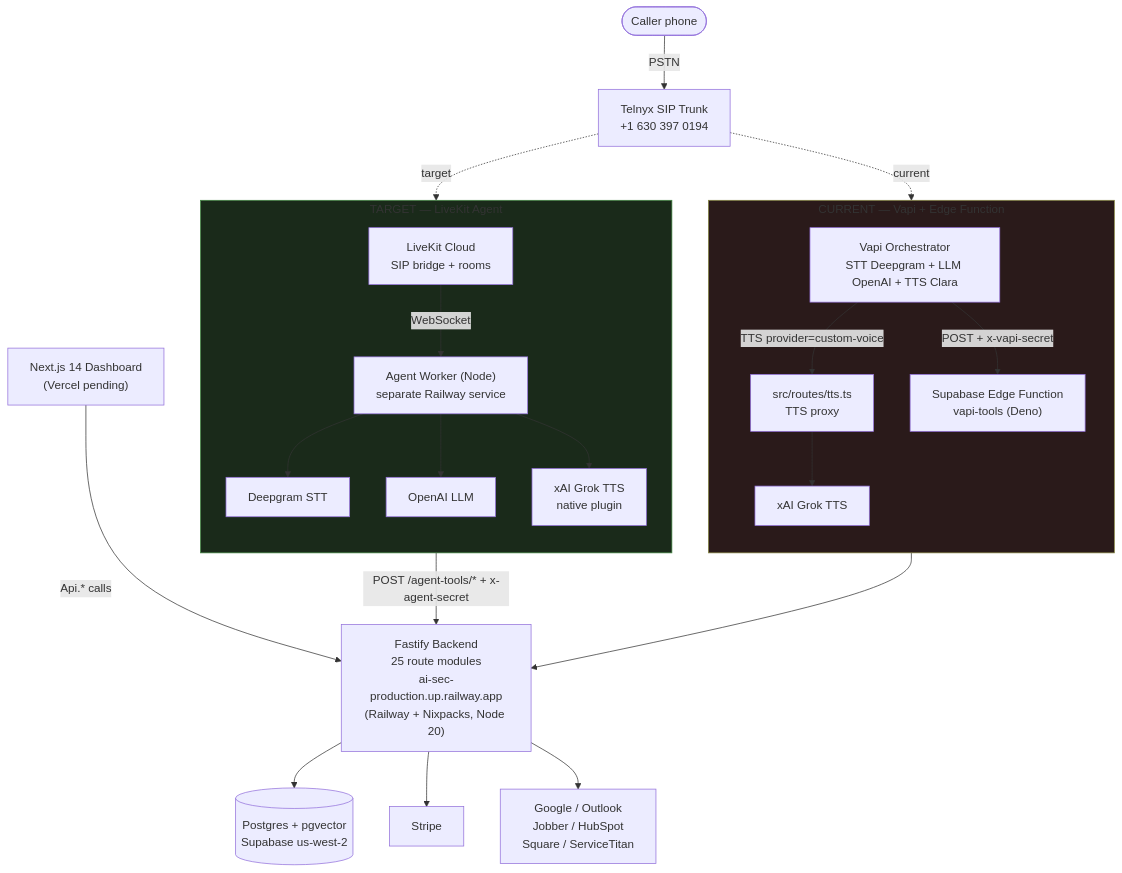
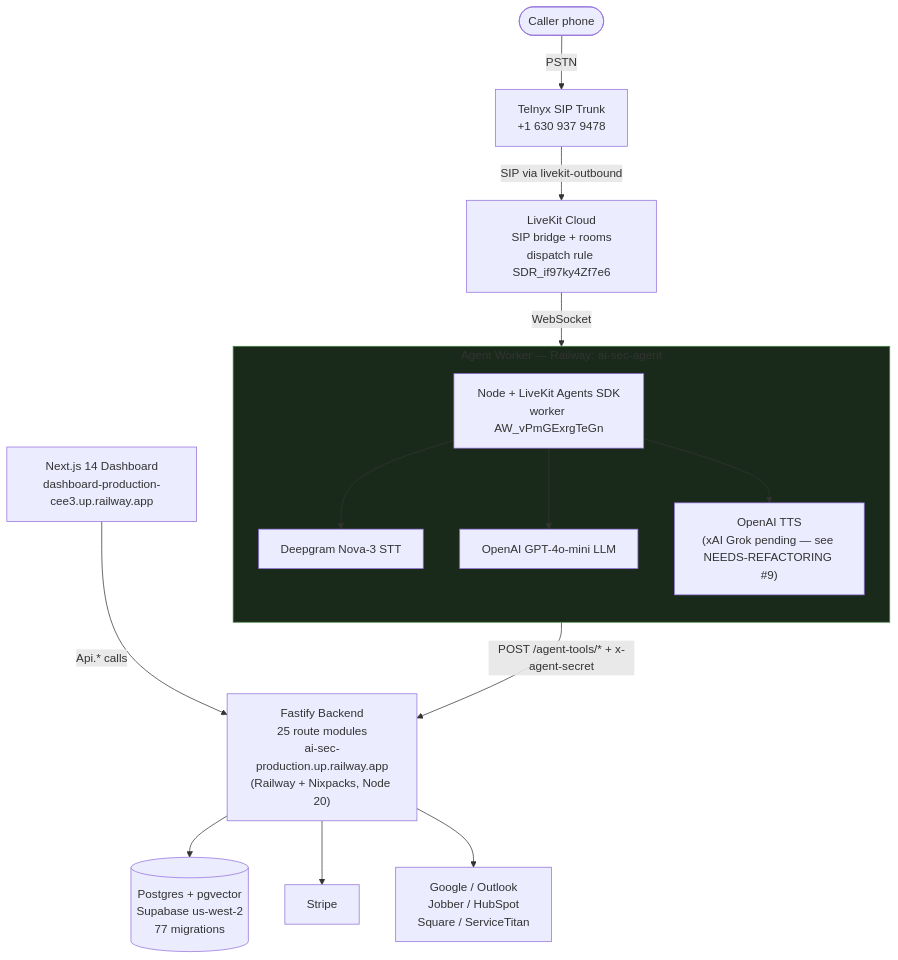
The first of 11 diagrams in docs/DIAGRAMS.md (ddemott/ai-sec), drawn with Mermaid before and after one commit. The commit also changed other lines of this file and 1 other file, not shown here.

````diff
--- a/docs/DIAGRAMS.md
+++ b/docs/DIAGRAMS.md
@@ -27,51 +27,37 @@
 ```mermaid
 flowchart TB
   Caller([Caller phone])
-  Telnyx["Telnyx SIP Trunk<br/>+1 630 397 0194"]
+  Telnyx["Telnyx SIP Trunk<br/>+1 630 937 9478"]
   Caller -->|PSTN| Telnyx
 
-  subgraph curr["CURRENT — Vapi + Edge Function"]
+  LiveKit["LiveKit Cloud<br/>SIP bridge + rooms<br/>dispatch rule SDR_if97ky4Zf7e6"]
+  Telnyx -->|SIP via livekit-outbound| LiveKit
+
+  subgraph agentBox["Agent Worker — Railway: ai-sec-agent"]
     direction TB
-    Vapi["Vapi Orchestrator<br/>STT Deepgram + LLM OpenAI + TTS Clara"]
-    TTSProxy["src/routes/tts.ts<br/>TTS proxy"]
-    XAI["xAI Grok TTS"]
-    EdgeFn["Supabase Edge Function<br/>vapi-tools (Deno)"]
-    Vapi -->|TTS provider=custom-voice| TTSProxy
-    TTSProxy --> XAI
-    Vapi -->|POST + x-vapi-secret| EdgeFn
+    Agent["Node + LiveKit Agents SDK<br/>worker AW_vPmGExrgTeGn"]
+    DG["Deepgram Nova-3 STT"]
+    OAI["OpenAI GPT-4o-mini LLM"]
+    TTS["OpenAI TTS<br/>(xAI Grok pending — see NEEDS-REFACTORING #9)"]
+    Agent --> DG
+    Agent --> OAI
+    Agent --> TTS
   end
 
-  subgraph tgt["TARGET — LiveKit Agent"]
-    direction TB
-    LiveKit["LiveKit Cloud<br/>SIP bridge + rooms"]
-    Agent["Agent Worker (Node)<br/>separate Railway service"]
-    DG["Deepgram STT"]
-    OAI["OpenAI LLM"]
-    XAINative["xAI Grok TTS<br/>native plugin"]
-    LiveKit -->|WebSocket| Agent
-    Agent --> DG
-    Agent --> OAI
-    Agent --> XAINative
-  end
-
-  Telnyx -.current.-> Vapi
-  Telnyx -.target.-> LiveKit
+  LiveKit -->|WebSocket| Agent
 
   Fastify["Fastify Backend<br/>25 route modules<br/>ai-sec-production.up.railway.app<br/>(Railway + Nixpacks, Node 20)"]
-
-  EdgeFn --> Fastify
   Agent -->|POST /agent-tools/* + x-agent-secret| Fastify
 
-  Postgres[("Postgres + pgvector<br/>Supabase us-west-2")]
+  Postgres[("Postgres + pgvector<br/>Supabase us-west-2<br/>77 migrations")]
   Stripe["Stripe"]
   Integrations["Google / Outlook<br/>Jobber / HubSpot<br/>Square / ServiceTitan"]
-  Dashboard["Next.js 14 Dashboard<br/>(Vercel pending)"]
+  Dashboard["Next.js 14 Dashboard<br/>dashboard-production-cee3.up.railway.app"]
 
   Fastify --> Postgres
   Fastify --> Stripe
   Fastify --> Integrations
   Dashboard -->|Api.* calls| Fastify
 
-  style curr fill:#2a1a1a,stroke:#884
-  style tgt fill:#1a2a1a,stroke:#484
+  style agentBox fill:#1a2a1a,stroke:#484
 ```
````
